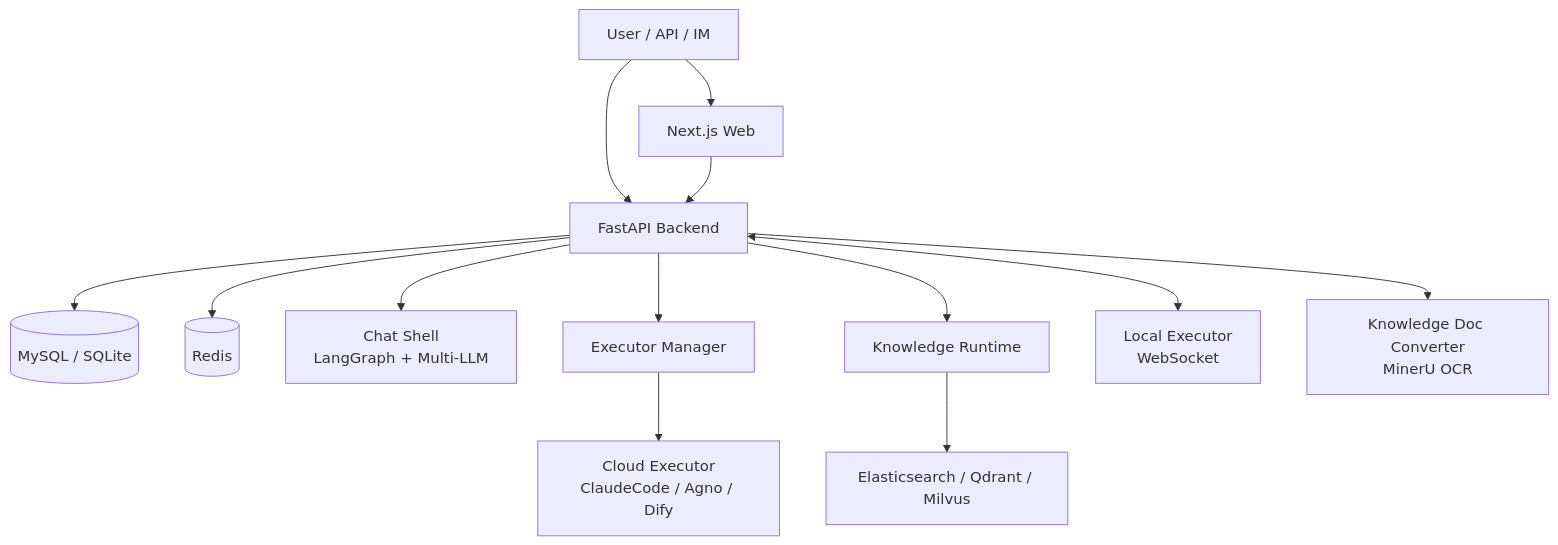
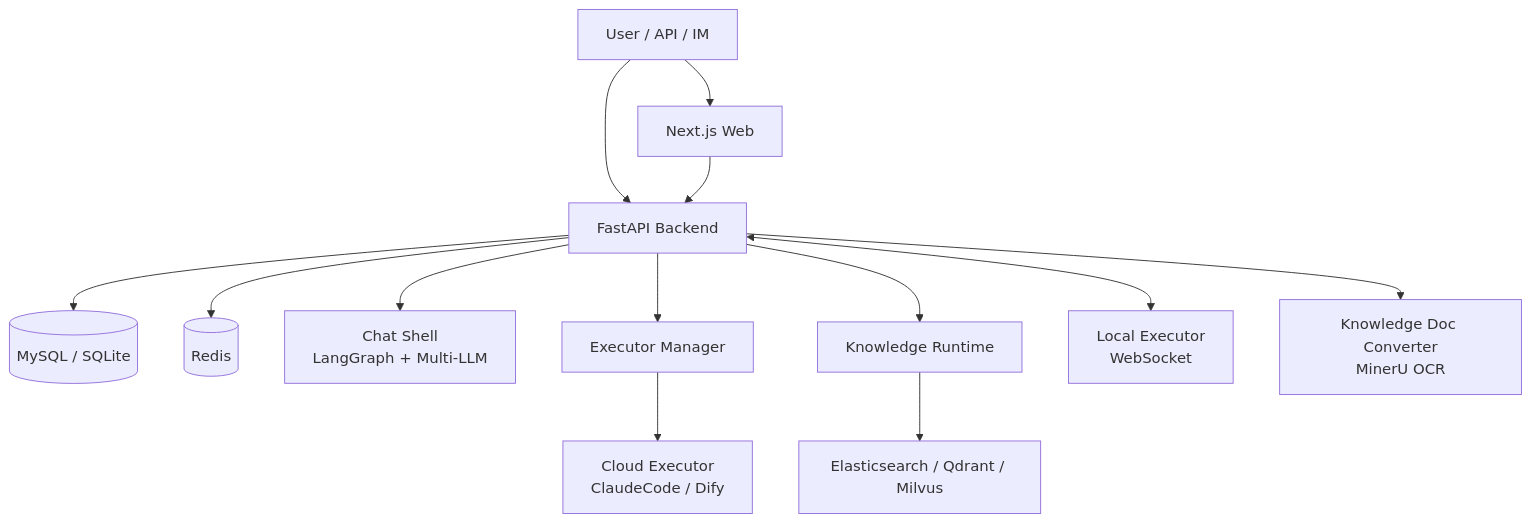
Before and after one commit to wecode-ai/Wegent: the diagram in README.md, drawn with Mermaid. The commit also changed other lines of this file and 36 other files, not shown here.

Commit message:
fix(frontend): hide Agno executor options

````diff
--- a/README.md
+++ b/README.md
@@ -167,17 +167,17 @@
 ```mermaid
 graph TB
     User["User / API / IM"] --> Frontend["Next.js Web"]
     User --> Backend["FastAPI Backend"]
     Frontend --> Backend
 
     Backend --> MySQL[("MySQL / SQLite")]
     Backend --> Redis[("Redis")]
     Backend --> ChatShell["Chat Shell<br/>LangGraph + Multi-LLM"]
     Backend --> ExecutorManager["Executor Manager"]
     Backend --> KnowledgeRuntime["Knowledge Runtime"]
 
-    ExecutorManager --> CloudExecutor["Cloud Executor<br/>ClaudeCode / Agno / Dify"]
+    ExecutorManager --> CloudExecutor["Cloud Executor<br/>ClaudeCode / Dify"]
     Backend <--> LocalExecutor["Local Executor<br/>WebSocket"]
     KnowledgeRuntime --> VectorStore["Elasticsearch / Qdrant / Milvus"]
     Backend --> DocConverter["Knowledge Doc Converter<br/>MinerU OCR"]
 ```
````
